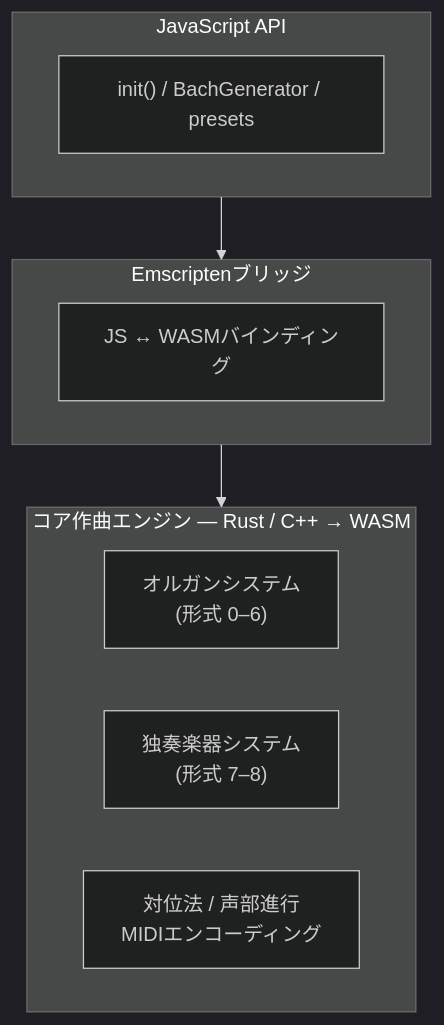
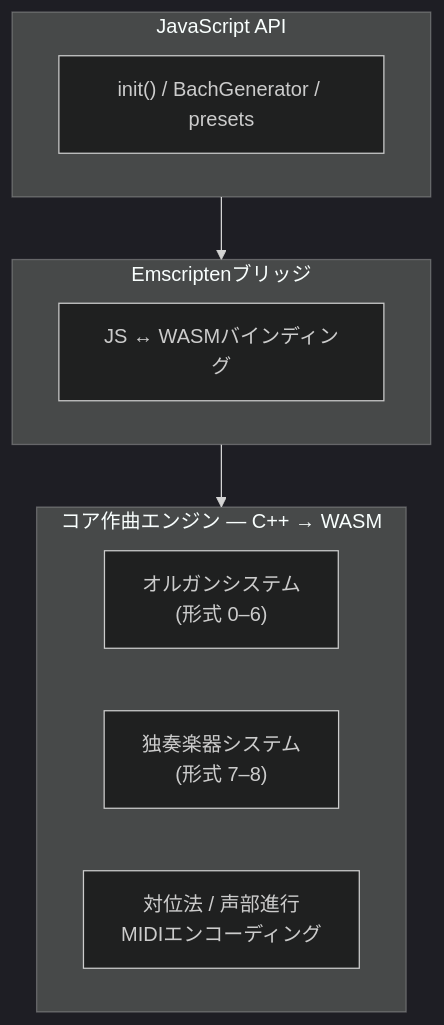
One commit to libraz/midi-sketch-bach-homepage changed the first of 2 diagrams in src/ja/docs/architecture.md. Above: the diagram before and after it, drawn with Mermaid (dark theme). The commit also changed 12 other files, not shown here.

````diff
--- a/src/ja/docs/architecture.md
+++ b/src/ja/docs/architecture.md
@@ -16,15 +16,15 @@
 ```mermaid
 graph TD
     subgraph JS["JavaScript API"]
         A["init() / BachGenerator / presets"]
     end
     subgraph EM["Emscriptenブリッジ"]
         B["JS ↔ WASMバインディング"]
     end
-    subgraph CORE["コア作曲エンジン — Rust / C++ → WASM"]
+    subgraph CORE["コア作曲エンジン — C++ → WASM"]
         C["オルガンシステム<br>(形式 0–6)"]
         D["独奏楽器システム<br>(形式 7–8)"]
         E["対位法 / 声部進行<br>MIDIエンコーディング"]
     end
     JS --> EM --> CORE
 ```
````
